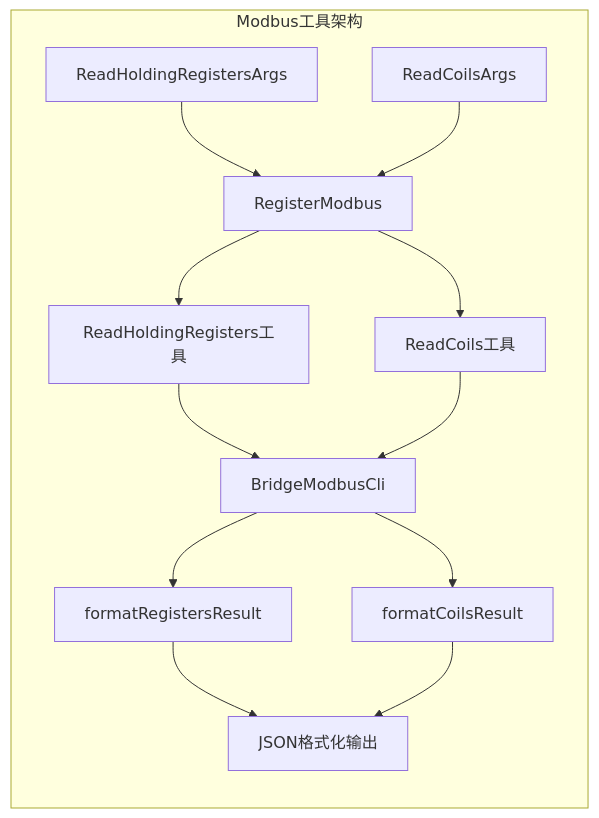
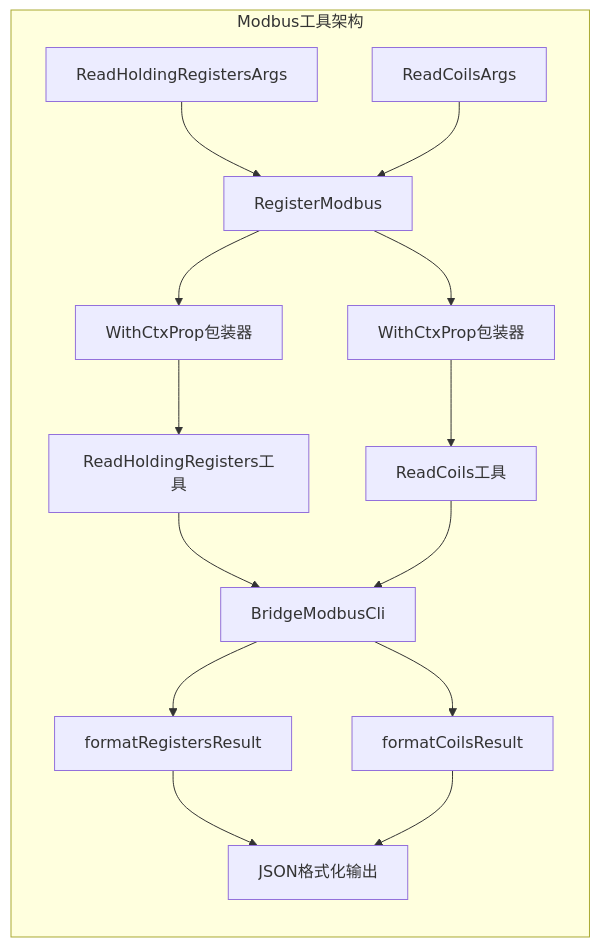
The seventh of 8 diagrams in .qoder/repowiki/zh/content/AI应用模块/MCP服务器.md (maomao94/zero-service), drawn with Mermaid before and after one commit. The commit also changed other lines of this file and 11 other files, not shown here.

````diff
--- a/.qoder/repowiki/zh/content/AI应用模块/MCP服务器.md
+++ b/.qoder/repowiki/zh/content/AI应用模块/MCP服务器.md
@@ -232,15 +376,17 @@
 ```mermaid
 graph LR
 subgraph "Modbus工具架构"
 A["ReadHoldingRegistersArgs"] --> B["RegisterModbus"]
-B --> C["ReadHoldingRegisters工具"]
-C --> D["BridgeModbusCli"]
-D --> E["formatRegistersResult"]
-E --> F["JSON格式化输出"]
+B --> C["WithCtxProp包装器"]
+C --> D["ReadHoldingRegisters工具"]
+D --> E["BridgeModbusCli"]
+E --> F["formatRegistersResult"]
+F --> G["JSON格式化输出"]
 A2["ReadCoilsArgs"] --> B
-B --> G["ReadCoils工具"]
-G --> D
-D --> H["formatCoilsResult"]
-H --> F
+B --> H["WithCtxProp包装器"]
+H --> I["ReadCoils工具"]
+I --> E
+E --> J["formatCoilsResult"]
+J --> G
 end
 ```
````
